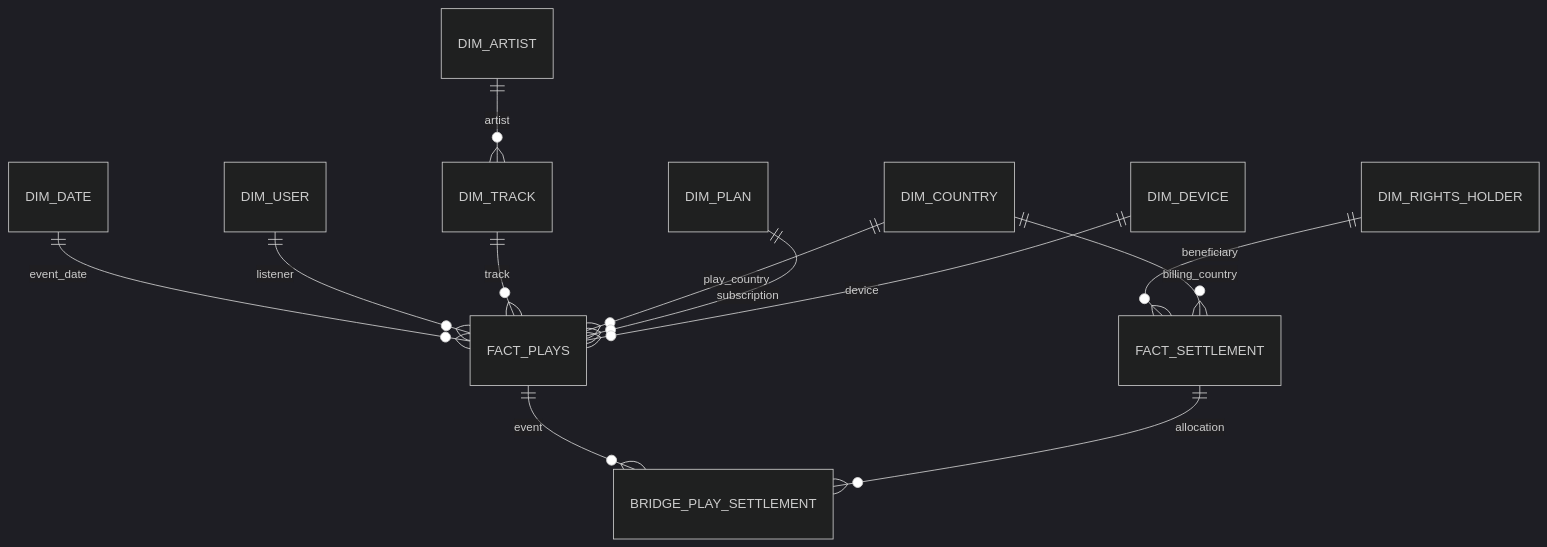
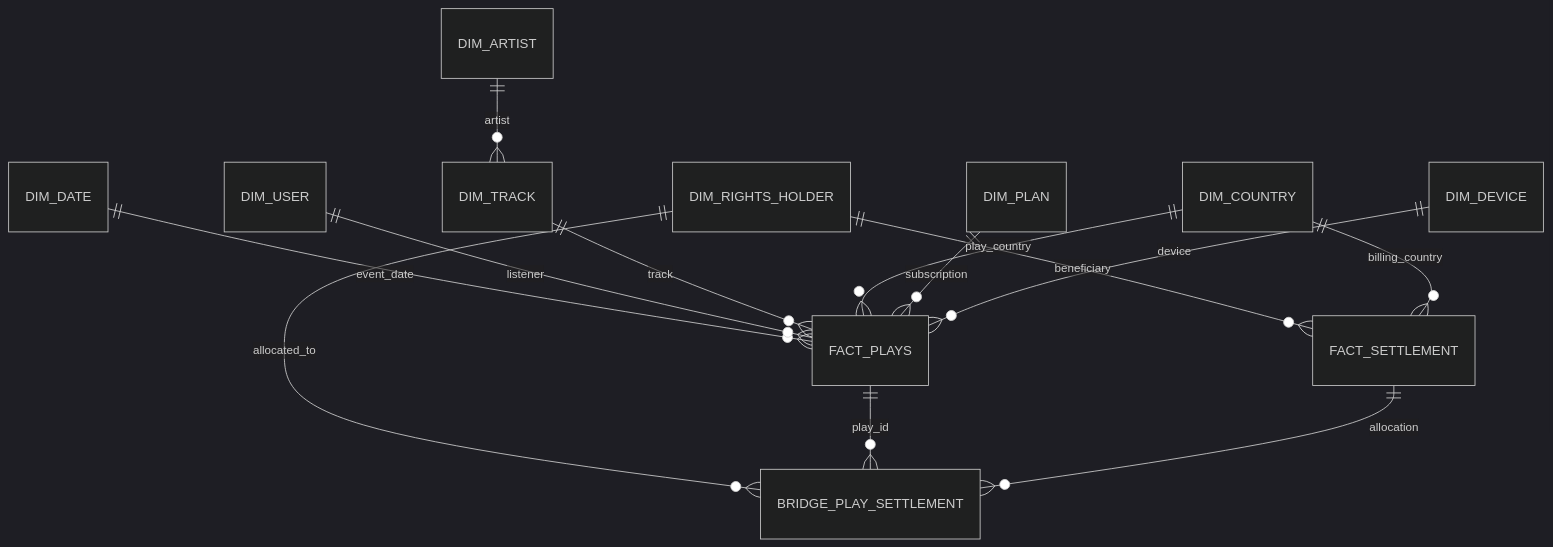
Before and after one commit to sonoraplay/main: the diagram in docs/datos/eg31-modelo-dimensional-en-es.md, drawn with Mermaid (dark theme). The commit also changed other lines of this file and 2 other files, not shown here.

````diff
--- a/docs/datos/eg31-modelo-dimensional-en-es.md
+++ b/docs/datos/eg31-modelo-dimensional-en-es.md
@@ -21,14 +21,15 @@
 ```mermaid
 erDiagram
     DIM_DATE ||--o{ FACT_PLAYS : event_date
     DIM_USER ||--o{ FACT_PLAYS : listener
     DIM_TRACK ||--o{ FACT_PLAYS : track
     DIM_ARTIST ||--o{ DIM_TRACK : artist
     DIM_RIGHTS_HOLDER ||--o{ FACT_SETTLEMENT : beneficiary
+    DIM_RIGHTS_HOLDER ||--o{ BRIDGE_PLAY_SETTLEMENT : allocated_to
     DIM_COUNTRY ||--o{ FACT_PLAYS : play_country
     DIM_COUNTRY ||--o{ FACT_SETTLEMENT : billing_country
     DIM_PLAN ||--o{ FACT_PLAYS : subscription
     DIM_DEVICE ||--o{ FACT_PLAYS : device
-    FACT_PLAYS ||--o{ BRIDGE_PLAY_SETTLEMENT : event
+    FACT_PLAYS ||--o{ BRIDGE_PLAY_SETTLEMENT : play_id
     FACT_SETTLEMENT ||--o{ BRIDGE_PLAY_SETTLEMENT : allocation
 ```
````
